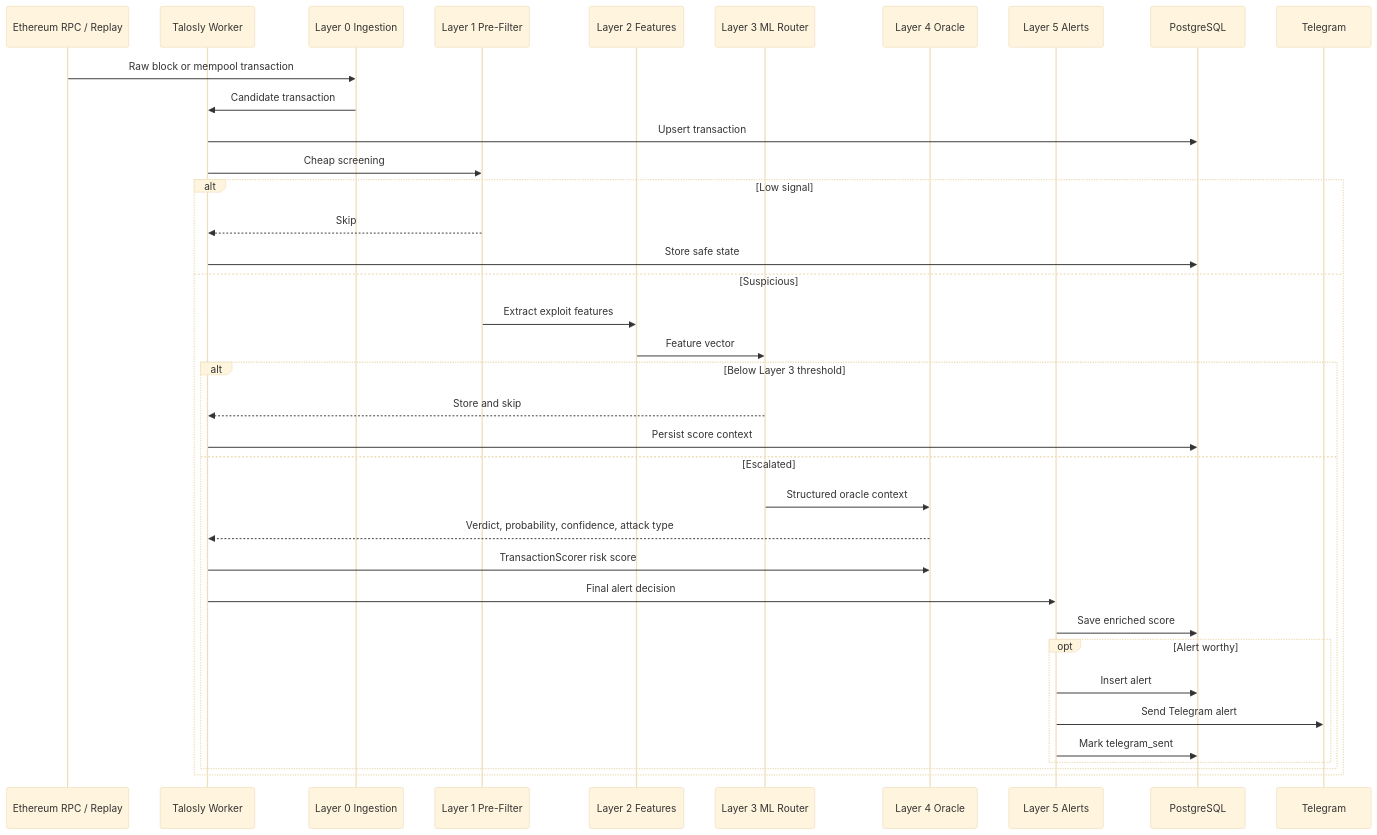
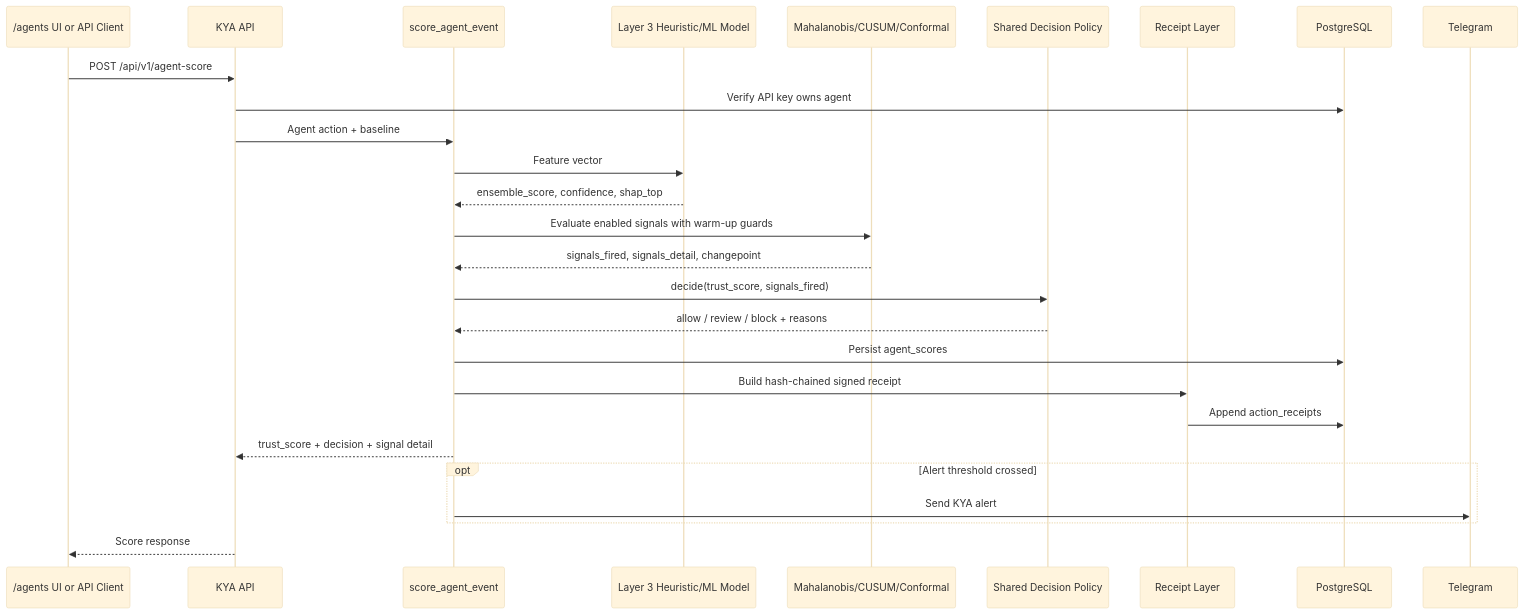
The second of 6 diagrams in README.md (hasansazly/Talosly-startup), drawn with Mermaid (base theme) before and after one commit. The commit also changed other lines of this file, not shown here.

````diff
--- a/README.md
+++ b/README.md
@@ -101,40 +103,30 @@
 ```mermaid
 sequenceDiagram
-  participant Chain as Ethereum RPC / Replay
-  participant Worker as Talosly Worker
-  participant L0 as Layer 0 Ingestion
-  participant L1 as Layer 1 Pre-Filter
-  participant L2 as Layer 2 Features
-  participant L3 as Layer 3 ML Router
-  participant L4 as Layer 4 Oracle
-  participant L5 as Layer 5 Alerts
+  participant UI as /agents UI or API Client
+  participant API as KYA API
+  participant Score as score_agent_event
+  participant Model as Layer 3 Heuristic/ML Model
+  participant Signals as Mahalanobis/CUSUM/Conformal
+  participant Policy as Shared Decision Policy
+  participant Receipt as Receipt Layer
   participant DB as PostgreSQL
   participant TG as Telegram
 
-  Chain->>L0: Raw block or mempool transaction
-  L0->>Worker: Candidate transaction
-  Worker->>DB: Upsert transaction
-  Worker->>L1: Cheap screening
-  alt Low signal
-    L1-->>Worker: Skip
-    Worker->>DB: Store safe state
-  else Suspicious
-    L1->>L2: Extract exploit features
-    L2->>L3: Feature vector
-    alt Below Layer 3 threshold
-      L3-->>Worker: Store and skip
-      Worker->>DB: Persist score context
-    else Escalated
-      L3->>L4: Structured oracle context
-      L4-->>Worker: Verdict, probability, confidence, attack type
-      Worker->>L4: TransactionScorer risk score
-      Worker->>L5: Final alert decision
-      L5->>DB: Save enriched score
-      opt Alert worthy
-        L5->>DB: Insert alert
-        L5->>TG: Send Telegram alert
-        L5->>DB: Mark telegram_sent
-      end
-    end
+  UI->>API: POST /api/v1/agent-score
+  API->>DB: Verify API key owns agent
+  API->>Score: Agent action + baseline
+  Score->>Model: Feature vector
+  Model-->>Score: ensemble_score, confidence, shap_top
+  Score->>Signals: Evaluate enabled signals with warm-up guards
+  Signals-->>Score: signals_fired, signals_detail, changepoint
+  Score->>Policy: decide(trust_score, signals_fired)
+  Policy-->>Score: allow / review / block + reasons
+  Score->>DB: Persist agent_scores
+  Score->>Receipt: Build hash-chained signed receipt
+  Receipt->>DB: Append action_receipts
+  Score-->>API: trust_score + decision + signal detail
+  opt Alert threshold crossed
+    Score->>TG: Send KYA alert
   end
+  API-->>UI: Score response
 ```
````
